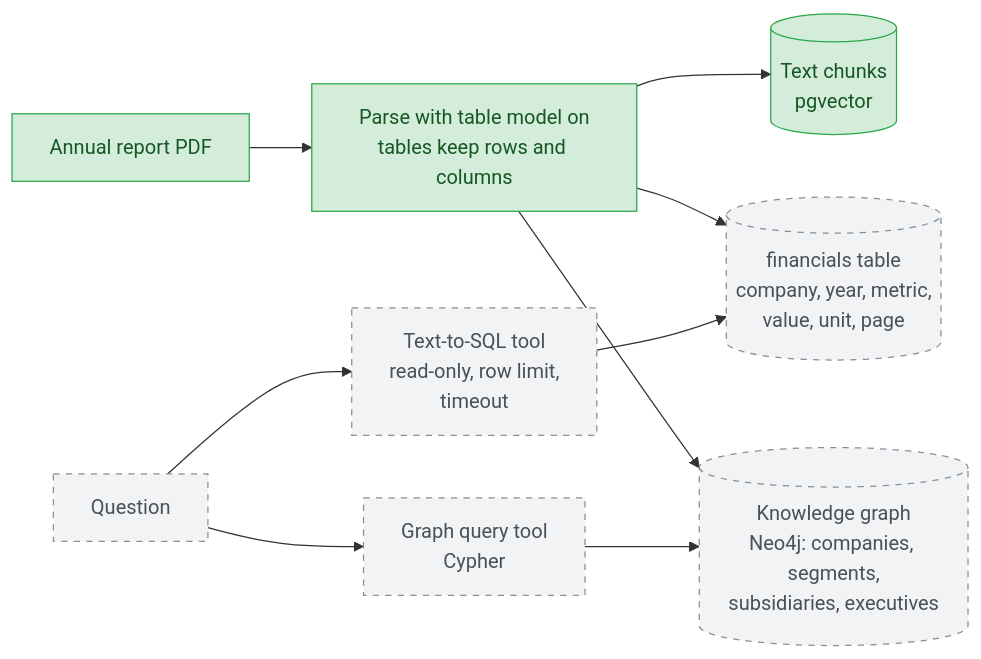
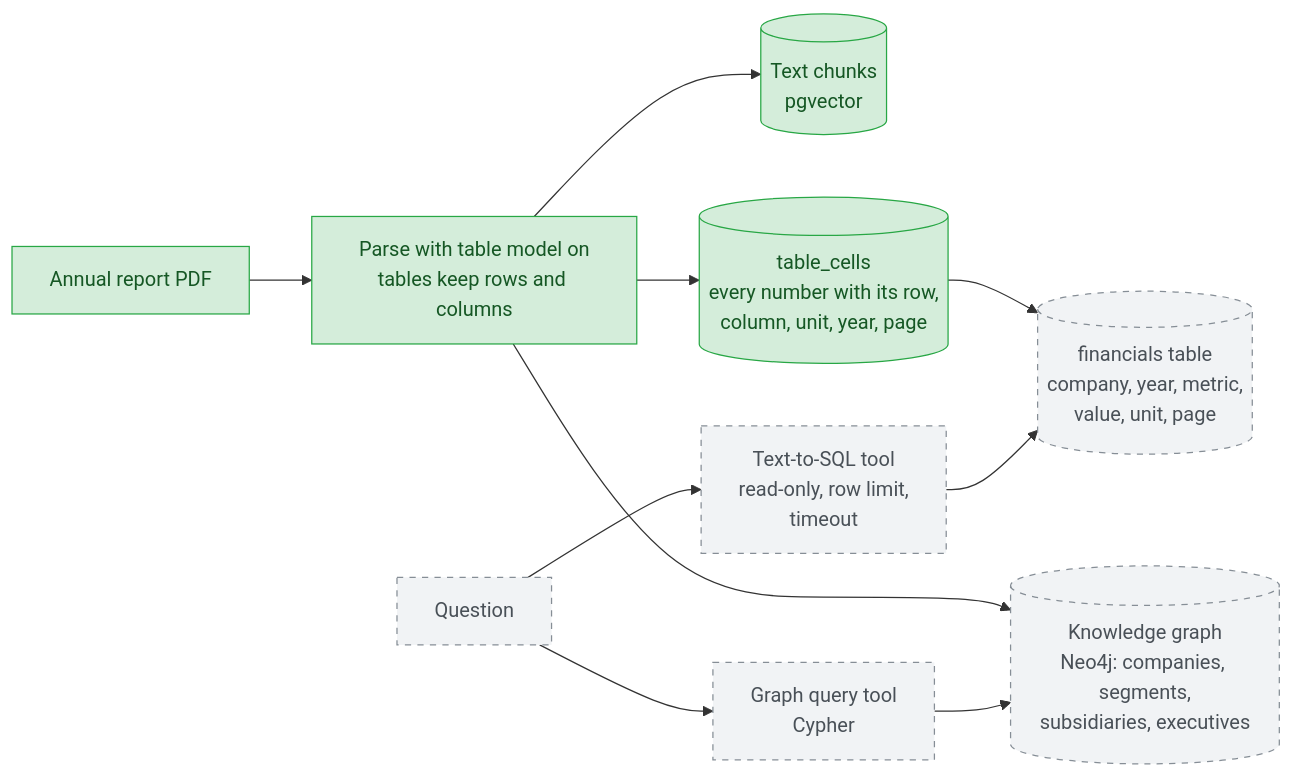
One commit to madeleine68/Reportlens changed the fourth of 6 diagrams in README.md. Above: the diagram before and after it, drawn with Mermaid. The commit also changed other lines of this file and 7 other files, not shown here.

First line of the commit message:
Phase 3: every table number into table_cells (rules, no LLM)

````diff
--- a/README.md
+++ b/README.md
@@ -206,16 +209,17 @@
 ```mermaid
 flowchart LR
     pdf["Annual report PDF"] --> parse["Parse with table model on<br/>tables keep rows and columns"]
     parse --> text[("Text chunks<br/>pgvector")]
-    parse --> fin[("financials table<br/>company, year, metric,<br/>value, unit, page")]
+    parse --> cells[("table_cells<br/>every number with its row,<br/>column, unit, year, page")]
+    cells --> fin[("financials table<br/>company, year, metric,<br/>value, unit, page")]
     parse --> kg[("Knowledge graph<br/>Neo4j: companies, segments,<br/>subsidiaries, executives")]
     q["Question"] --> sqltool["Text-to-SQL tool<br/>read-only, row limit,<br/>timeout"]
     q --> cypher["Graph query tool<br/>Cypher"]
     sqltool --> fin
     cypher --> kg
 
     classDef planned fill:#f1f3f5,stroke:#868e96,color:#495057,stroke-dasharray: 5 5
     classDef done fill:#d4edda,stroke:#28a745,color:#155724
-    class pdf,parse,text done
+    class pdf,parse,text,cells done
     class fin,kg,q,sqltool,cypher planned
 ```
````
